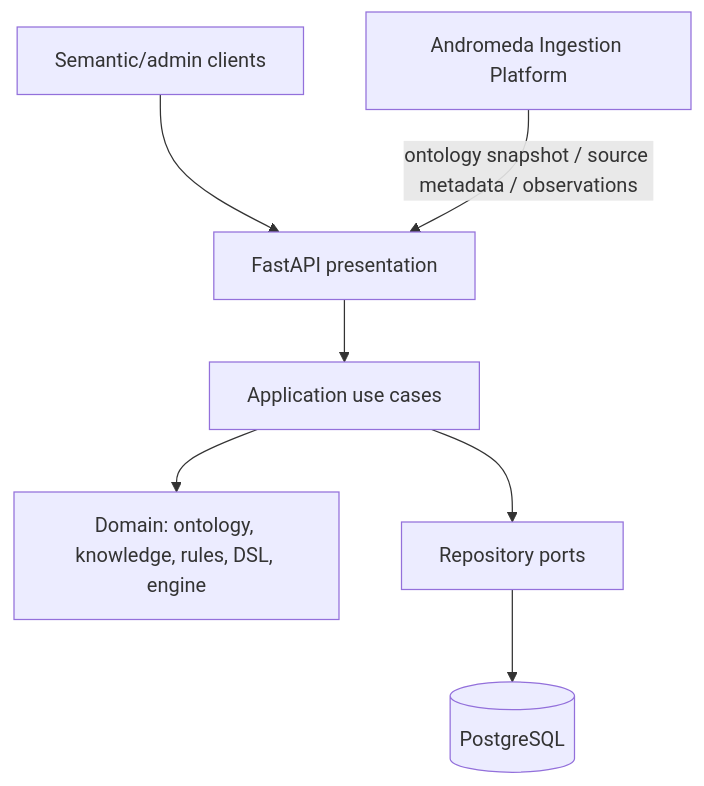
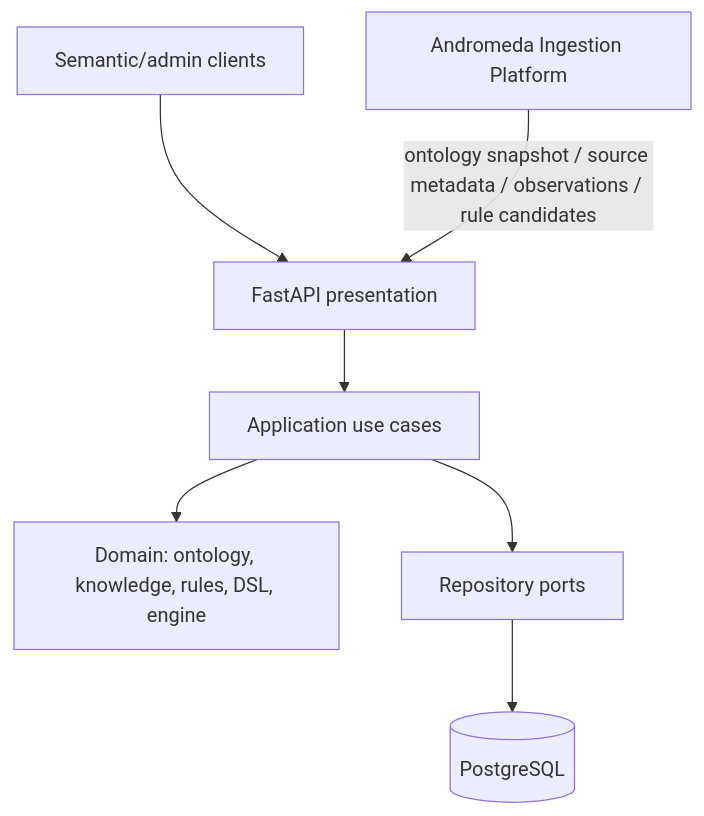
One commit to artemnoor/andromeda-knowledge-core changed the diagram in docs/architecture.md. Above: the diagram before and after it, drawn with Mermaid. The commit also changed other lines of this file and 3 other files, not shown here.

Commit message:
fix: keep rule effect targets outside ontology namespace

````diff
--- a/docs/architecture.md
+++ b/docs/architecture.md
@@ -6,9 +6,9 @@
 ```mermaid
 flowchart TB
   Client[Semantic/admin clients] --> API[FastAPI presentation]
   API --> App[Application use cases]
   App --> Domain[Domain: ontology, knowledge, rules, DSL, engine]
   App --> Ports[Repository ports]
   Ports --> DB[(PostgreSQL)]
-  Ingestion[Andromeda Ingestion Platform] -->|ontology snapshot / source metadata / observations| API
+  Ingestion[Andromeda Ingestion Platform] -->|ontology snapshot / source metadata / observations / rule candidates| API
 ```
````
